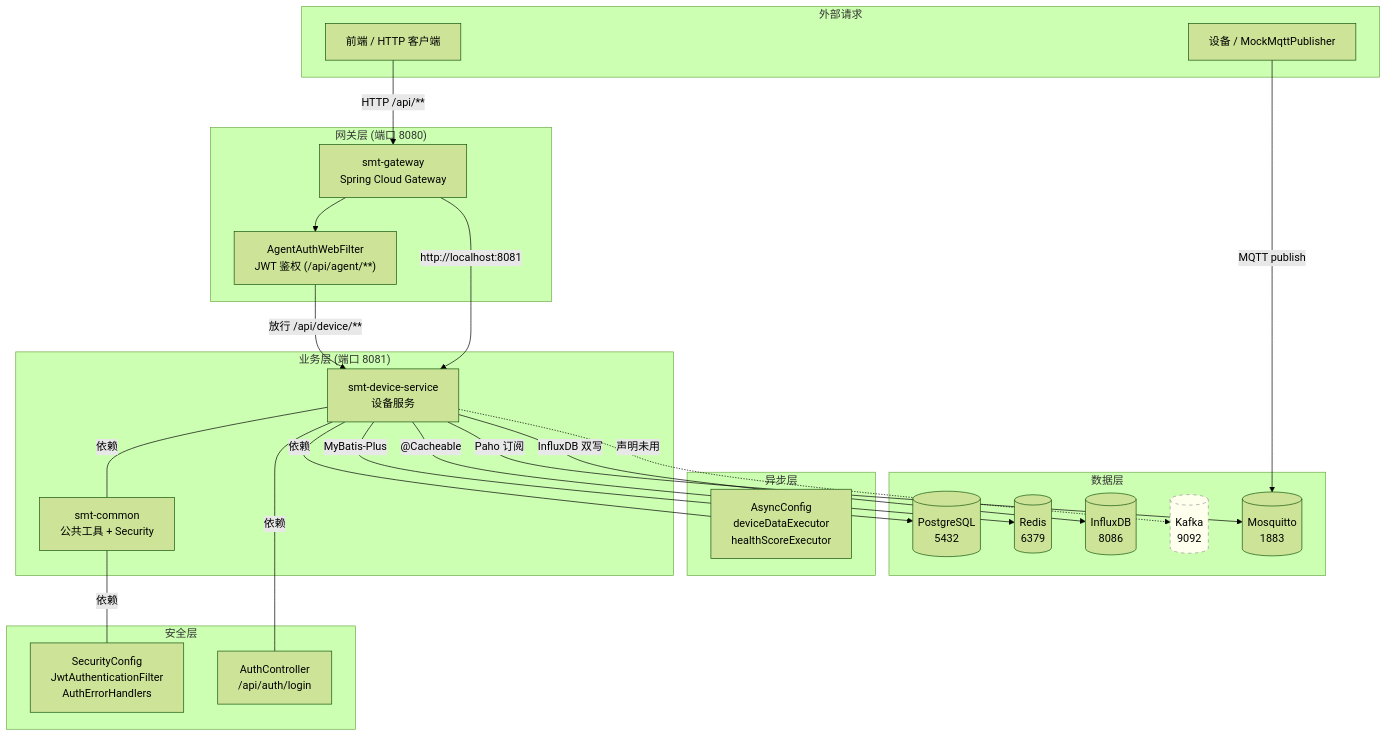
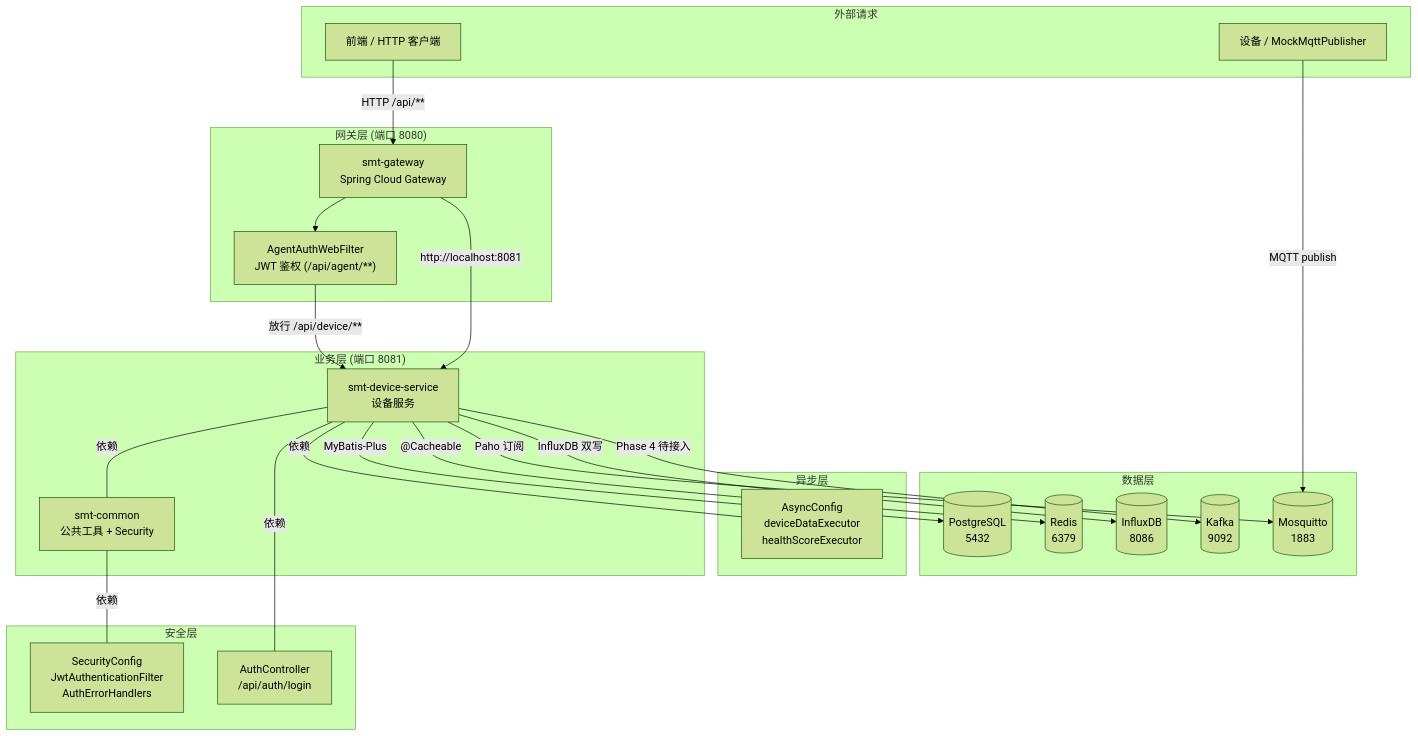
Before and after one commit to north30-dev/smt-agent-platform: the first of 8 diagrams in docs/explaination/project-explanation-phase1.md, drawn with Mermaid (forest theme). The commit also changed other lines of this file and 46 other files, not shown here.

````diff
--- a/docs/explaination/project-explanation-phase1.md
+++ b/docs/explaination/project-explanation-phase1.md
@@ -116,51 +124,49 @@
 ```mermaid
 graph TB
     subgraph ExtReq["外部请求"]
         Client["前端 / HTTP 客户端"]
         Device["设备 / MockMqttPublisher"]
     end
 
     subgraph GatewayLayer["网关层 (端口 8080)"]
         GW["smt-gateway<br/>Spring Cloud Gateway"]
         AuthFilter["AgentAuthWebFilter<br/>JWT 鉴权 (/api/agent/**)"]
     end
 
     subgraph ServiceLayer["业务层 (端口 8081)"]
         DS["smt-device-service<br/>设备服务"]
         Common["smt-common<br/>公共工具 + Security"]
     end
 
     subgraph SecurityLayer["安全层"]
         SecConfig["SecurityConfig<br/>JwtAuthenticationFilter<br/>AuthErrorHandlers"]
         AuthCtrl["AuthController<br/>/api/auth/login"]
     end
 
     subgraph AsyncLayer["异步层"]
         AsyncCfg["AsyncConfig<br/>deviceDataExecutor<br/>healthScoreExecutor"]
     end
 
     subgraph DataLayer["数据层"]
         PG[("PostgreSQL<br/>5432")]
         Redis[("Redis<br/>6379")]
         Kafka[("Kafka<br/>9092")]
         MQTT[("Mosquitto<br/>1883")]
         InfluxDB[("InfluxDB<br/>8086")]
     end
 
     Client -->|"HTTP /api/**"| GW
     GW --> AuthFilter
     AuthFilter -->|"放行 /api/device/**"| DS
     GW -->|"http://localhost:8081"| DS
     DS ---|依赖| Common
     Common ---|依赖| SecConfig
     DS ---|依赖| AuthCtrl
     DS ---|依赖| AsyncCfg
     DS -->|"MyBatis-Plus"| PG
     DS -->|"@Cacheable"| Redis
     DS -->|"Paho 订阅"| MQTT
     DS -->|"InfluxDB 双写"| InfluxDB
-    DS -.->|"声明未用"| Kafka
+    DS -->|"Phase 4 待接入"| Kafka
     Device -->|"MQTT publish"| MQTT
-
-    style Kafka fill:#ffe,stroke:#999,stroke-dasharray: 5 5
 ```
````
